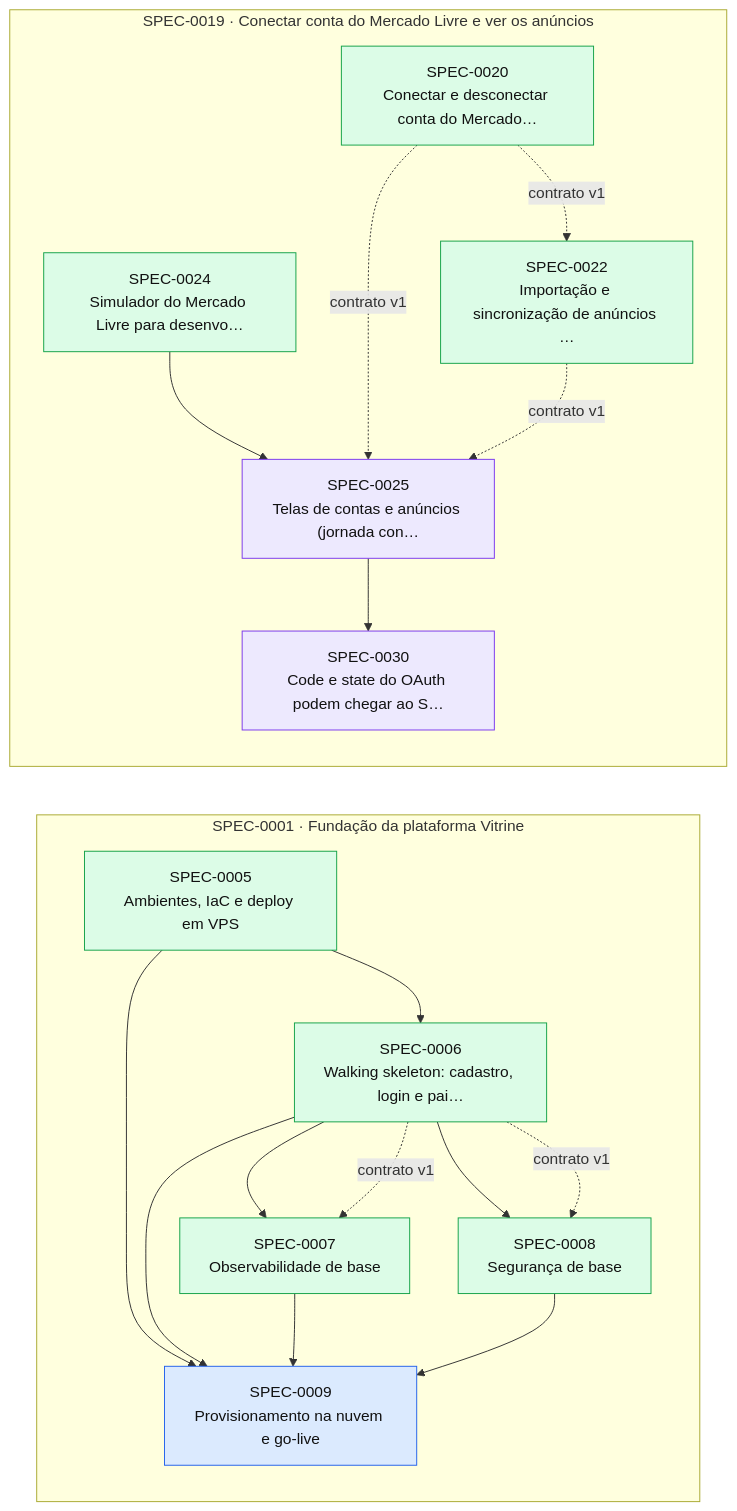
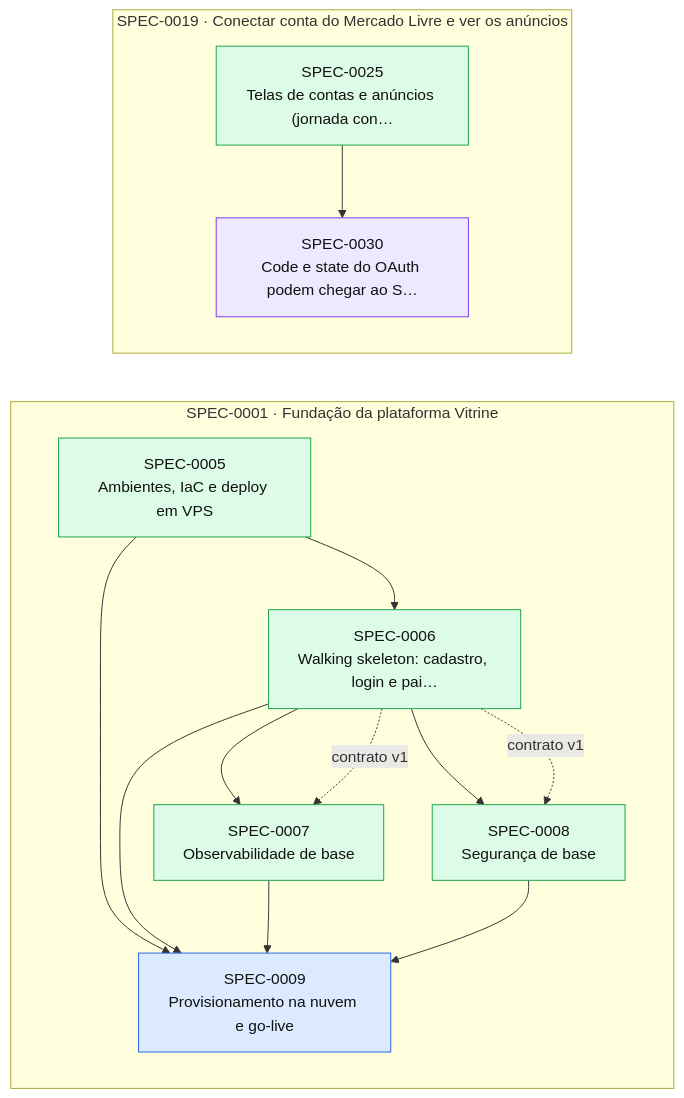
One commit to thomasravache/vitrine changed the diagram in docs/specs/INDEX.md. Above: the diagram before and after it, drawn with Mermaid. The commit also changed other lines of this file and 2 other files, not shown here.

First line of the commit message:
docs(specs): SPEC-0025 implementada

````diff
--- a/docs/specs/INDEX.md
+++ b/docs/specs/INDEX.md
@@ -60,36 +59,29 @@
 ```mermaid
 flowchart LR
   subgraph E0001["SPEC-0001 · Fundação da plataforma Vitrine"]
     S0005["SPEC-0005<br/>Ambientes, IaC e deploy em VPS"]:::implemented
     S0006["SPEC-0006<br/>Walking skeleton: cadastro, login e pai…"]:::implemented
     S0007["SPEC-0007<br/>Observabilidade de base"]:::implemented
     S0008["SPEC-0008<br/>Segurança de base"]:::implemented
     S0009["SPEC-0009<br/>Provisionamento na nuvem e go-live"]:::approved
   end
   subgraph E0019["SPEC-0019 · Conectar conta do Mercado Livre e ver os anúncios"]
-    S0020["SPEC-0020<br/>Conectar e desconectar conta do Mercado…"]:::implemented
-    S0022["SPEC-0022<br/>Importação e sincronização de anúncios …"]:::implemented
-    S0024["SPEC-0024<br/>Simulador do Mercado Livre para desenvo…"]:::implemented
-    S0025["SPEC-0025<br/>Telas de contas e anúncios (jornada con…"]:::inprogress
+    S0025["SPEC-0025<br/>Telas de contas e anúncios (jornada con…"]:::implemented
     S0030["SPEC-0030<br/>Code e state do OAuth podem chegar ao S…"]:::inprogress
   end
   S0005 --> S0006
   S0006 --> S0007
   S0006 -. contrato v1 .-> S0007
   S0006 --> S0008
   S0006 -. contrato v1 .-> S0008
   S0005 --> S0009
   S0006 --> S0009
   S0007 --> S0009
   S0008 --> S0009
-  S0020 -. contrato v1 .-> S0022
-  S0024 --> S0025
-  S0020 -. contrato v1 .-> S0025
-  S0022 -. contrato v1 .-> S0025
   S0025 --> S0030
   classDef proposed fill:#fef3c7,stroke:#d97706,color:#111
   classDef approved fill:#dbeafe,stroke:#2563eb,color:#111
   classDef inprogress fill:#ede9fe,stroke:#7c3aed,color:#111
   classDef implemented fill:#dcfce7,stroke:#16a34a,color:#111
   classDef deprecated fill:#f3f4f6,stroke:#9ca3af,color:#6b7280
 ```
````
